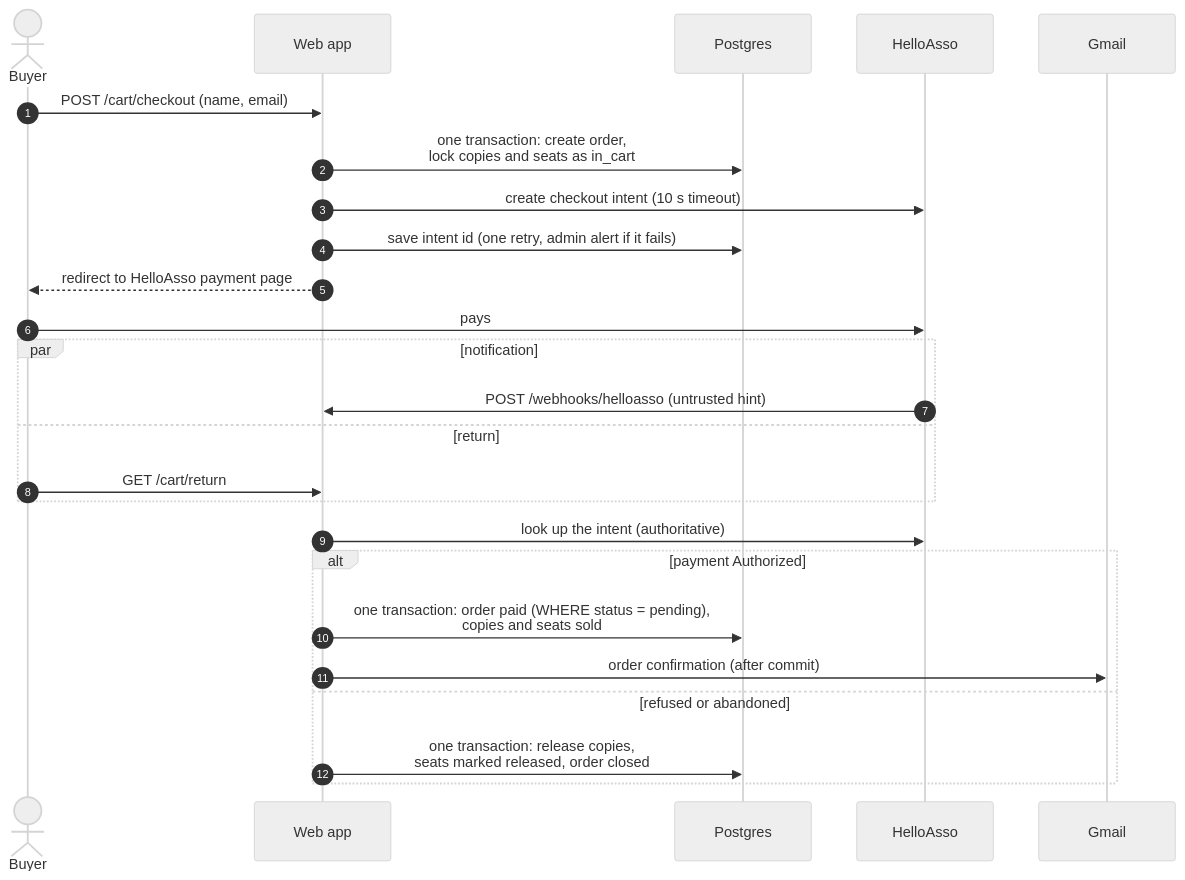
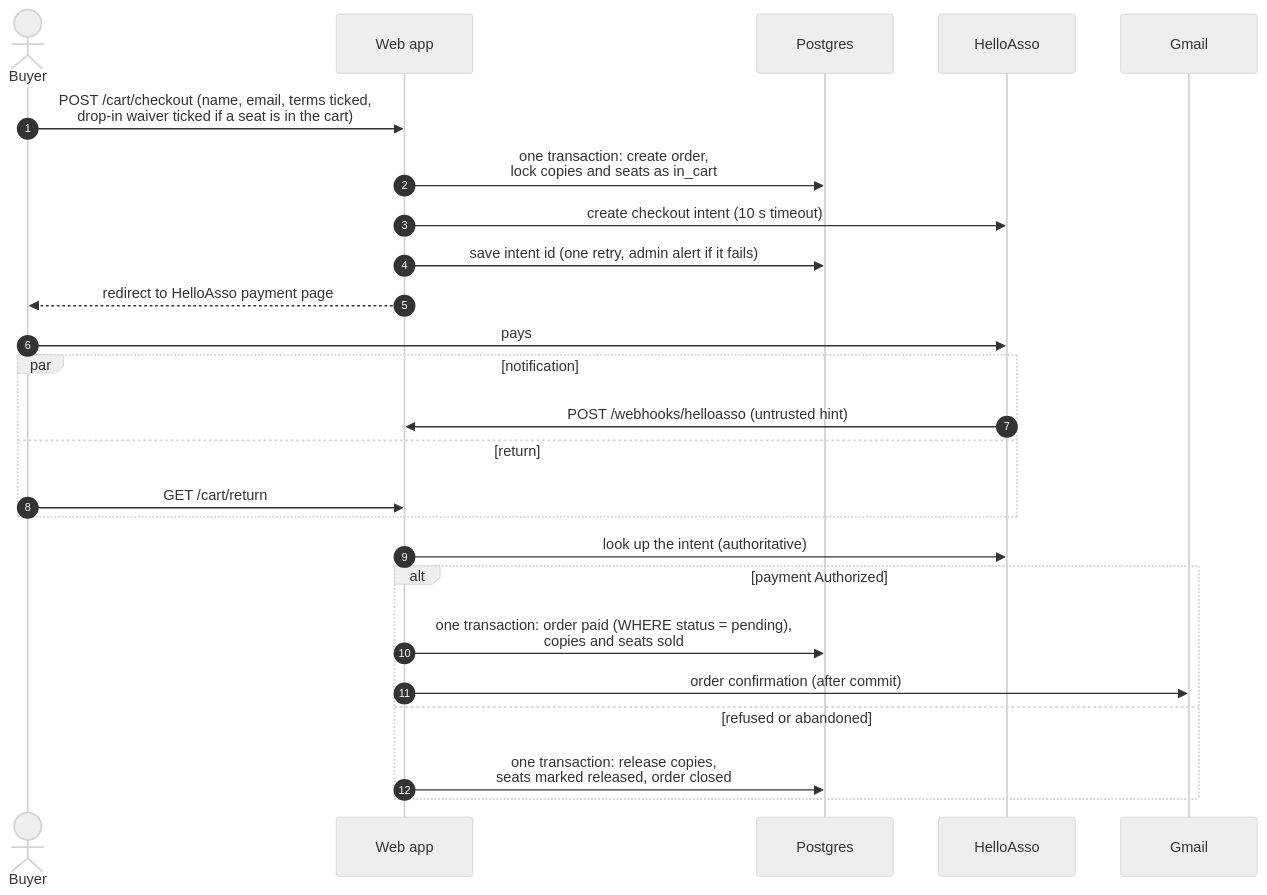
Before and after one commit to umasbooksadmin/umasbookswebsite: the sixth of 12 diagrams in docs/architecture.md, drawn with Mermaid (neutral theme). The commit also changed other lines of this file, not shown here.

First line of the commit message:
Bring docs/architecture.md up to date

````diff
--- a/docs/architecture.md
+++ b/docs/architecture.md
@@ -302,28 +359,28 @@
 ```mermaid
 sequenceDiagram
   autonumber
   actor B as Buyer
   participant W as Web app
   participant DB as Postgres
   participant HA as HelloAsso
   participant GM as Gmail
 
-  B->>W: POST /cart/checkout (name, email)
+  B->>W: POST /cart/checkout (name, email, terms ticked,<br/>drop-in waiver ticked if a seat is in the cart)
   W->>DB: one transaction: create order,<br/>lock copies and seats as in_cart
   W->>HA: create checkout intent (10 s timeout)
   W->>DB: save intent id (one retry, admin alert if it fails)
   W-->>B: redirect to HelloAsso payment page
   B->>HA: pays
   par notification
     HA->>W: POST /webhooks/helloasso (untrusted hint)
   and return
     B->>W: GET /cart/return
   end
   W->>HA: look up the intent (authoritative)
   alt payment Authorized
     W->>DB: one transaction: order paid (WHERE status = pending),<br/>copies and seats sold
     W->>GM: order confirmation (after commit)
   else refused or abandoned
     W->>DB: one transaction: release copies,<br/>seats marked released, order closed
   end
 ```
````
